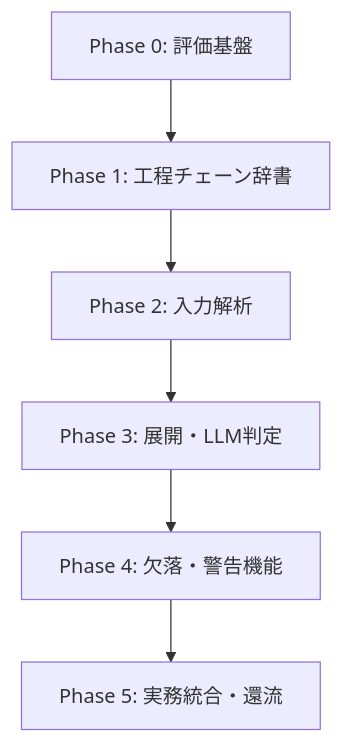
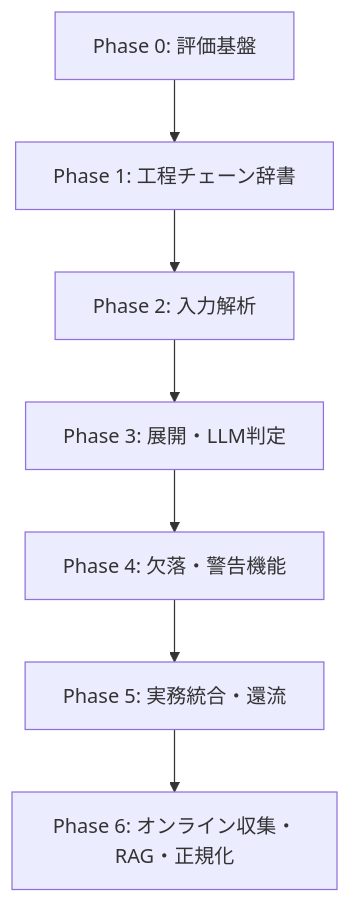
Before and after one commit to DK-G/construct_quotation: the diagram in roadmap.md, drawn with Mermaid. The commit also changed other lines of this file and 66 other files, not shown here.

````diff
--- a/roadmap.md
+++ b/roadmap.md
@@ -11,8 +13,9 @@
 ```mermaid
 graph TD
     P0[Phase 0: 評価基盤] --> P1[Phase 1: 工程チェーン辞書]
     P1 --> P2[Phase 2: 入力解析]
     P2 --> P3[Phase 3: 展開・LLM判定]
     P3 --> P4[Phase 4: 欠落・警告機能]
     P4 --> P5[Phase 5: 実務統合・還流]
+    P5 --> P6[Phase 6: オンライン収集・RAG・正規化]
 ```
````
